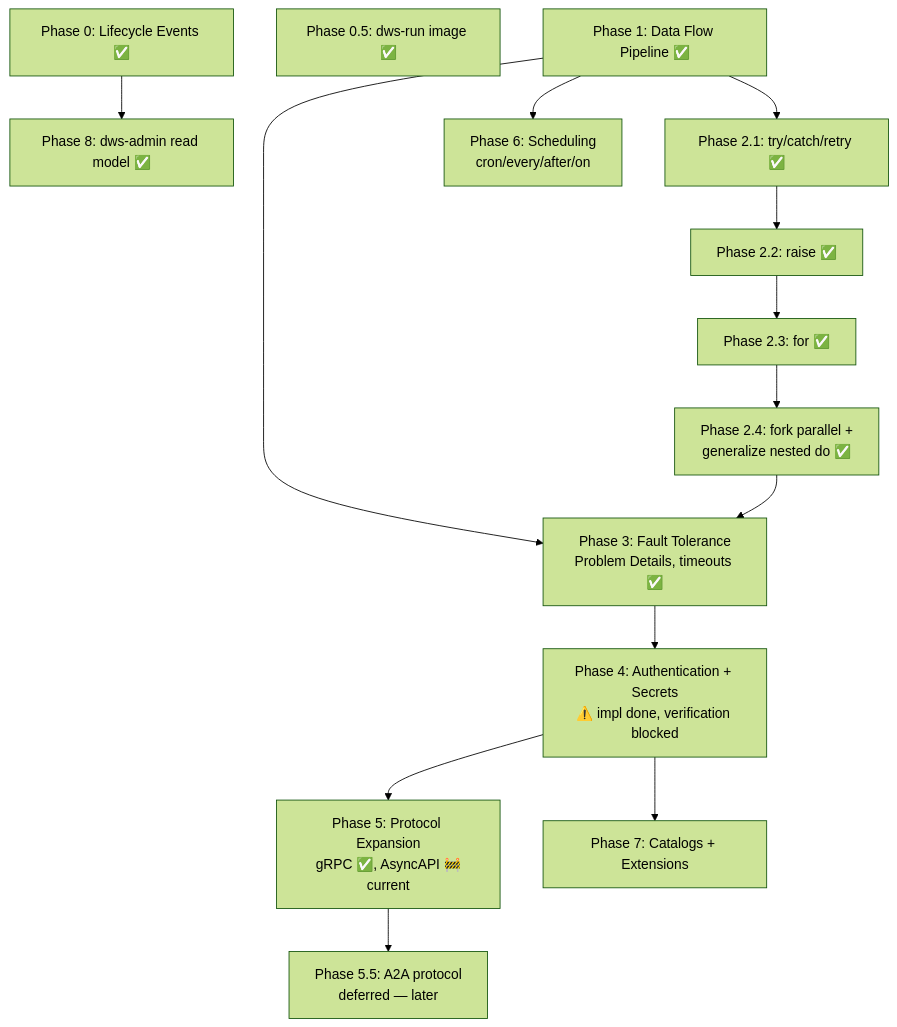
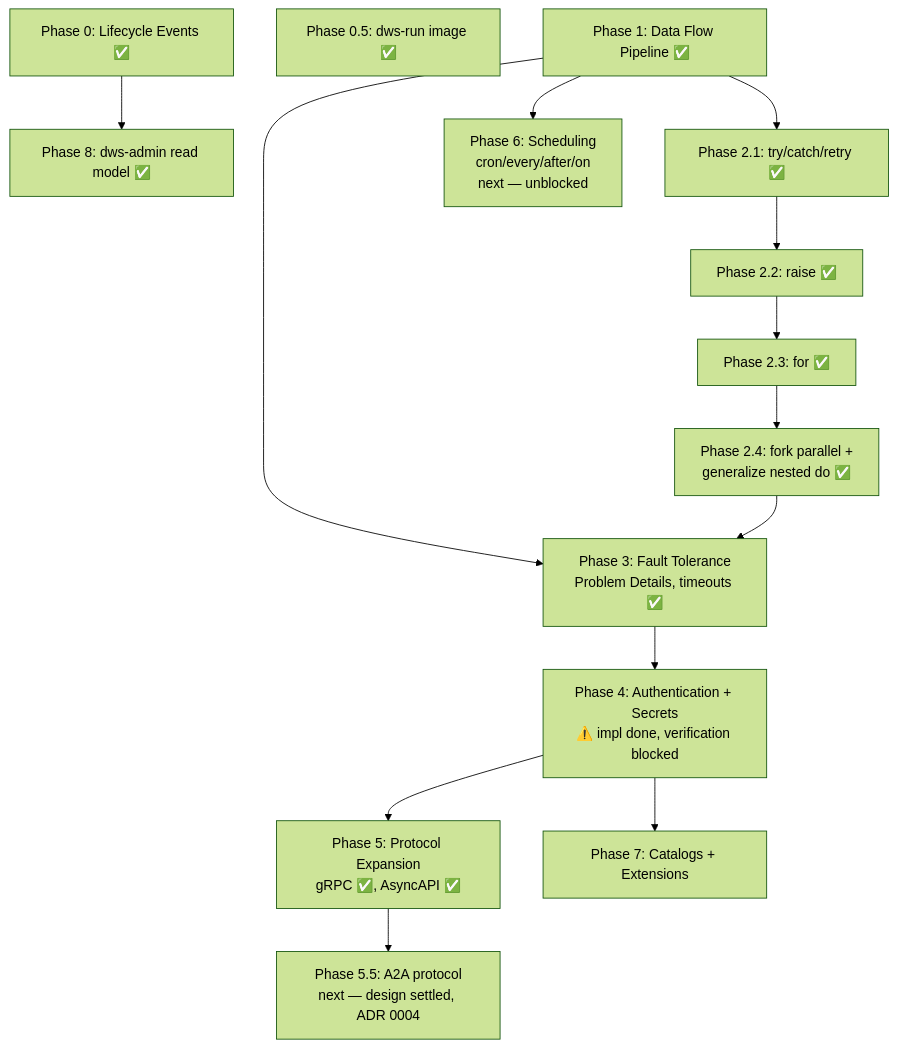
The diagram in docs/roadmaps/openworkflow-features.md (tonylibs/dapr-workflow-spec), drawn with Mermaid (forest theme) before and after one commit. The commit also changed other lines of this file and 2 other files, not shown here.

Commit message:
chore(docs): update ows features roadmap

````diff
--- a/docs/roadmaps/openworkflow-features.md
+++ b/docs/roadmaps/openworkflow-features.md
@@ -49,16 +49,16 @@
 ```mermaid
 flowchart TD
   P0[Phase 0: Lifecycle Events ✅] --> P8[Phase 8: dws-admin read model ✅]
   P05[Phase 0.5: dws-run image ✅]
   P1[Phase 1: Data Flow Pipeline ✅] --> P2a[Phase 2.1: try/catch/retry ✅]
   P2a --> P2b[Phase 2.2: raise ✅]
   P2b --> P2c[Phase 2.3: for ✅]
   P2c --> P2d[Phase 2.4: fork parallel +<br/>generalize nested do ✅]
   P1 --> P3[Phase 3: Fault Tolerance<br/>Problem Details, timeouts ✅]
   P2d --> P3
   P3 --> P4[Phase 4: Authentication + Secrets<br/>⚠️ impl done, verification blocked]
-  P4 --> P5[Phase 5: Protocol Expansion<br/>gRPC ✅, AsyncAPI 🚧<br/>current]
-  P5 --> P55[Phase 5.5: A2A protocol<br/>deferred — later]
-  P1 --> P6[Phase 6: Scheduling<br/>cron/every/after/on]
+  P4 --> P5[Phase 5: Protocol Expansion<br/>gRPC ✅, AsyncAPI ✅]
+  P5 --> P55[Phase 5.5: A2A protocol<br/>next — design settled, ADR 0004]
+  P1 --> P6[Phase 6: Scheduling<br/>cron/every/after/on<br/>next — unblocked]
   P4 --> P7[Phase 7: Catalogs + Extensions]
 ```
````
